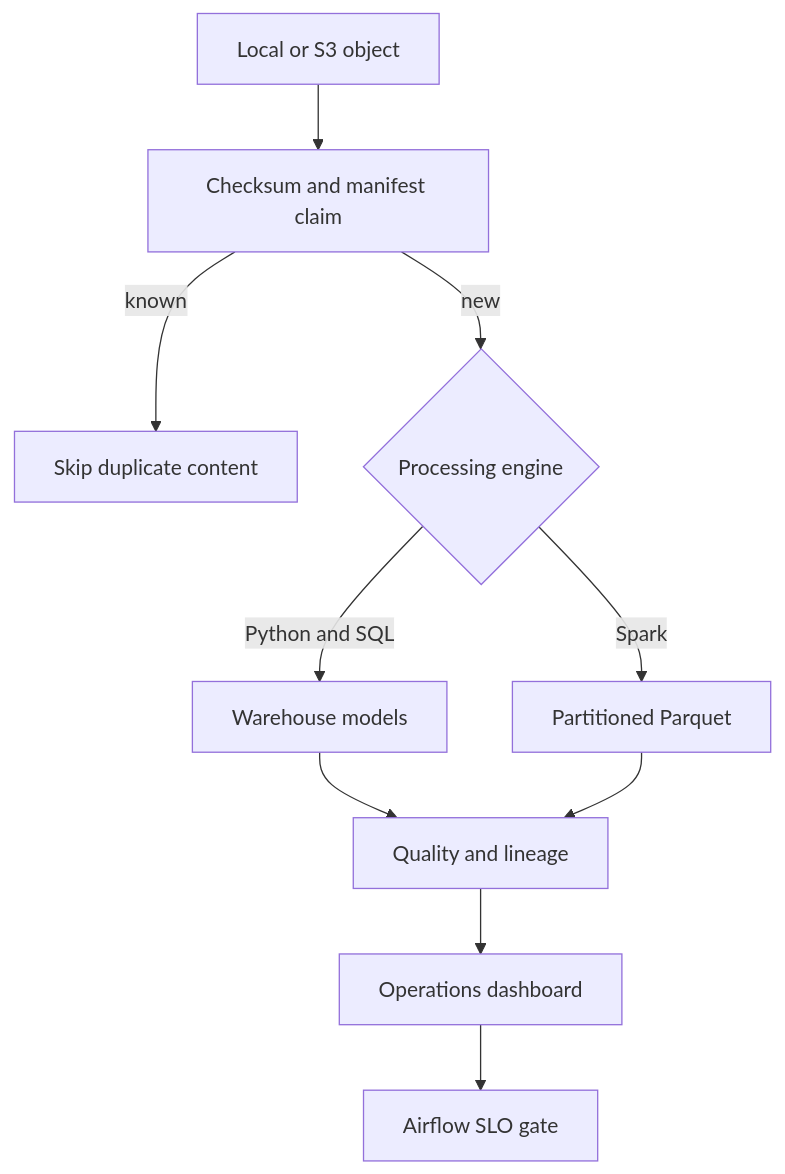
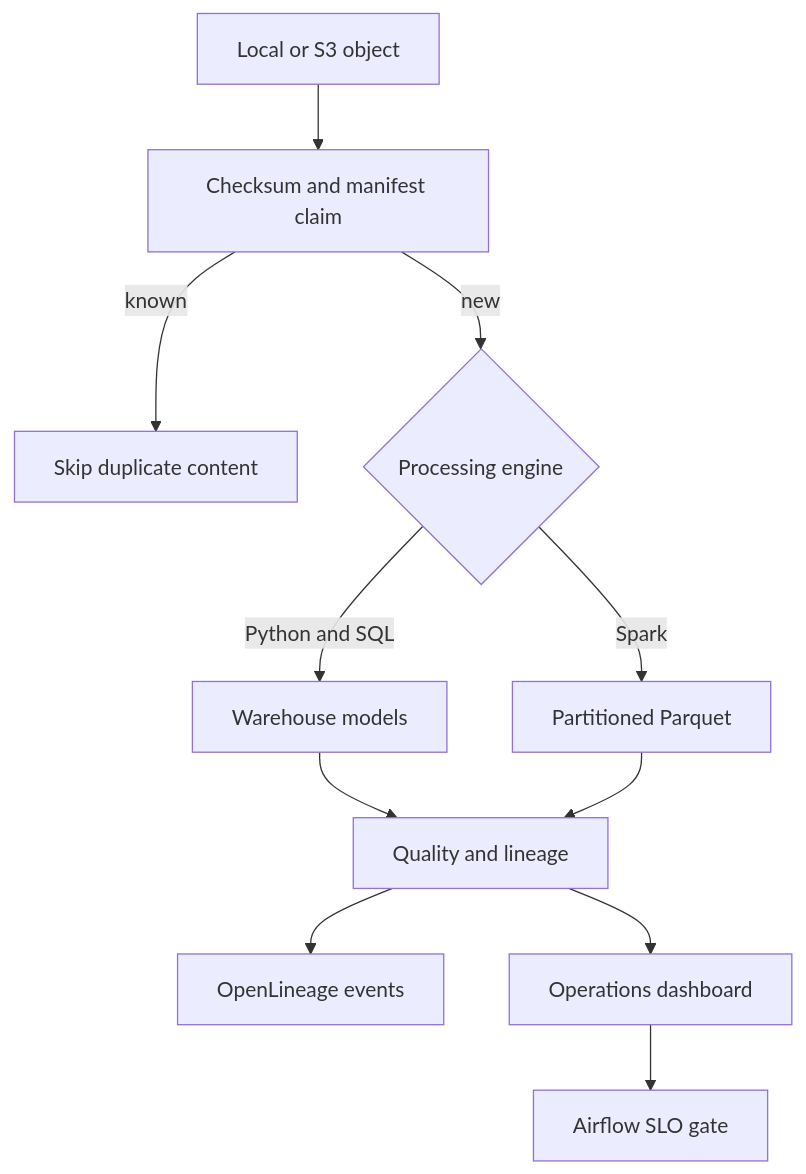
One commit to kdgmax/production-data-platform changed the diagram in README.md. Above: the diagram before and after it, drawn with Mermaid. The commit also changed other lines of this file and 16 other files, not shown here.

First line of the commit message:
Add OpenLineage across warehouse, Spark, and Airflow (#9)

````diff
--- a/README.md
+++ b/README.md
@@ -44,12 +45,13 @@
 ```mermaid
 flowchart TD
     A["Local or S3 object"] --> B["Checksum and manifest claim"]
     B -->|known| C["Skip duplicate content"]
     B -->|new| D{"Processing engine"}
     D -->|Python and SQL| E["Warehouse models"]
     D -->|Spark| F["Partitioned Parquet"]
     E --> G["Quality and lineage"]
     F --> G
-    G --> H["Operations dashboard"]
-    H --> I["Airflow SLO gate"]
+    G --> H["OpenLineage events"]
+    G --> I["Operations dashboard"]
+    I --> J["Airflow SLO gate"]
 ```
````
